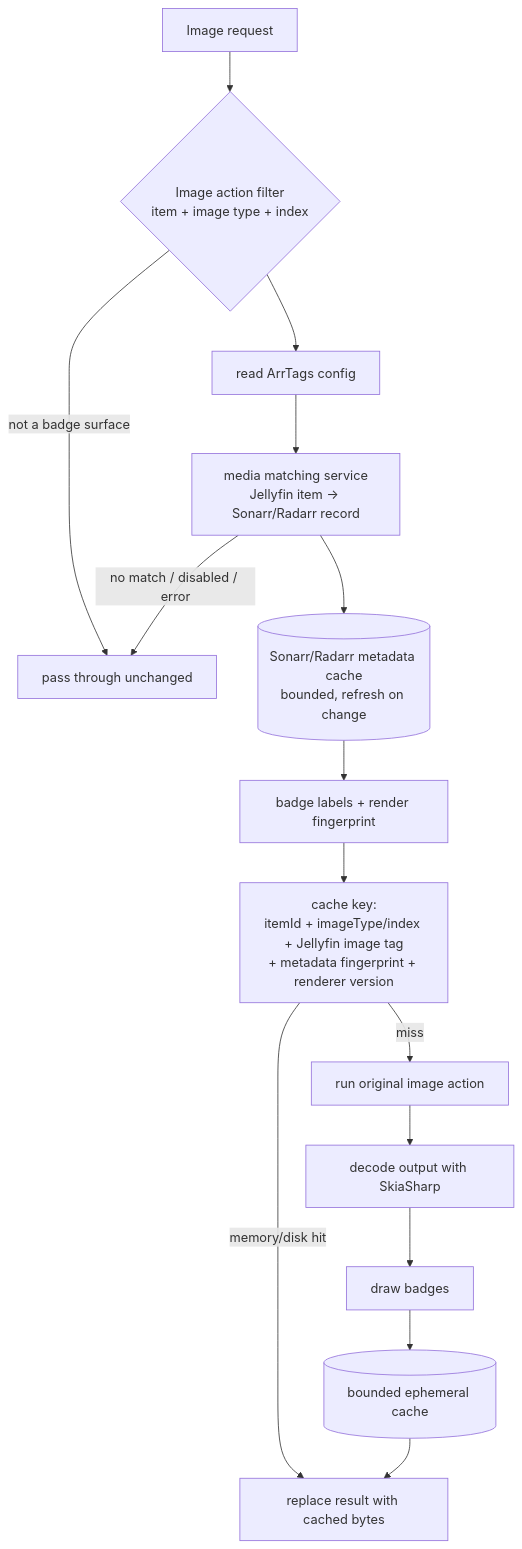
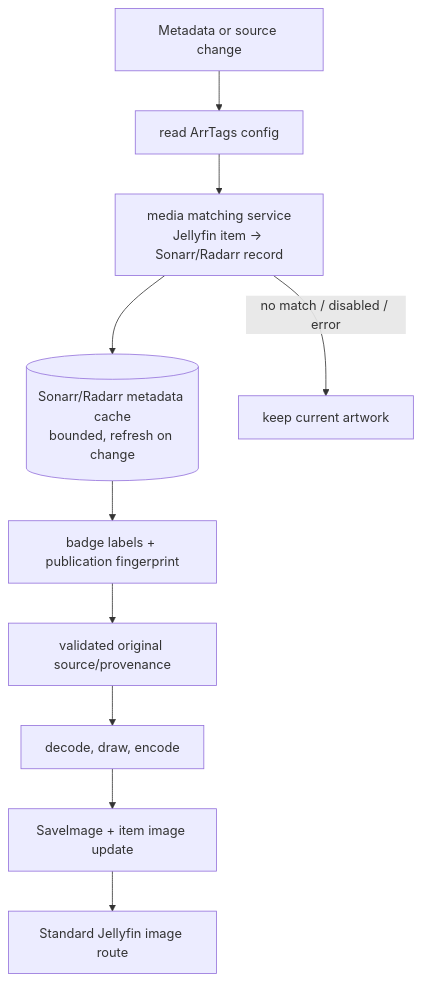
Before and after one commit to benssson/ArrTags: the fifth of 5 diagrams in docs/poster-rendering-strategies.md, drawn with Mermaid. The commit also changed other lines of this file and 10 other files, not shown here.

````diff
--- a/docs/poster-rendering-strategies.md
+++ b/docs/poster-rendering-strategies.md
@@ -547,17 +539,12 @@
 ```mermaid
 flowchart TD
-    REQ[Image request] --> FILTER{Image action filter<br/>item + image type + index}
-    FILTER -->|not a badge surface| PASS[pass through unchanged]
-    FILTER --> CFG[read ArrTags config]
+    EVT[Metadata or source change] --> CFG[read ArrTags config]
     CFG --> MATCH[media matching service<br/>Jellyfin item -> Sonarr/Radarr record]
     MATCH --> ARR[(Sonarr/Radarr metadata cache<br/>bounded, refresh on change)]
-    ARR --> LABEL[badge labels + render fingerprint]
-    LABEL --> KEY[cache key:<br/>itemId + imageType/index + Jellyfin image tag<br/>+ metadata fingerprint + renderer version]
-    KEY -->|memory/disk hit| SERVE[replace result with cached bytes]
-    KEY -->|miss| NEXT[run original image action]
-    NEXT --> DECODE[decode output with SkiaSharp]
-    DECODE --> DRAW[draw badges]
-    DRAW --> CACHE[(bounded ephemeral cache)]
-    CACHE --> SERVE
-    MATCH -->|no match / disabled / error| PASS
+    ARR --> LABEL[badge labels + publication fingerprint]
+    LABEL --> SOURCE[validated original source/provenance]
+    SOURCE --> DECODE[decode, draw, encode]
+    DECODE --> PUBLISH[SaveImage + item image update]
+    PUBLISH --> NATIVE[Standard Jellyfin image route]
+    MATCH -->|no match / disabled / error| KEEP[keep current artwork]
 ```
````
